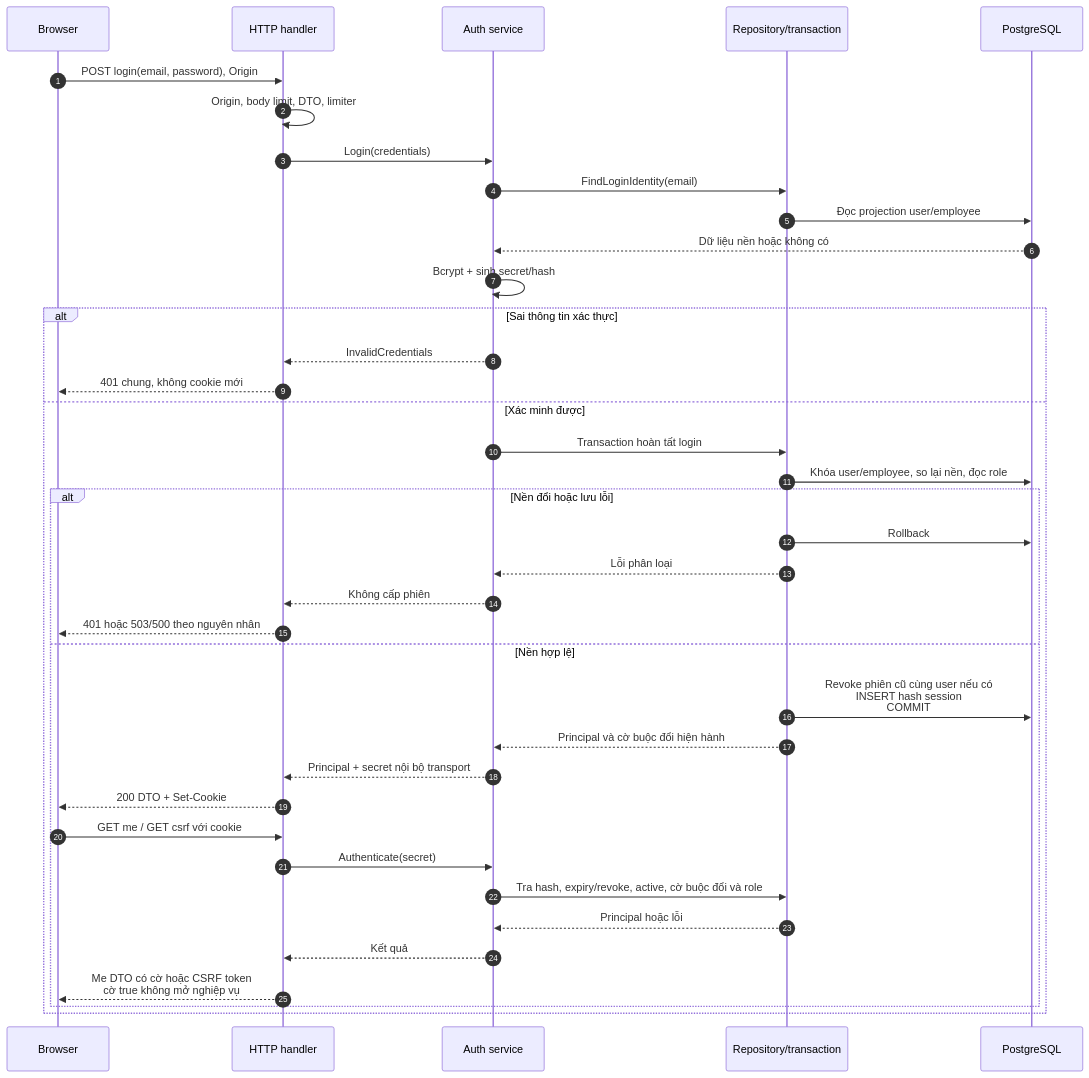
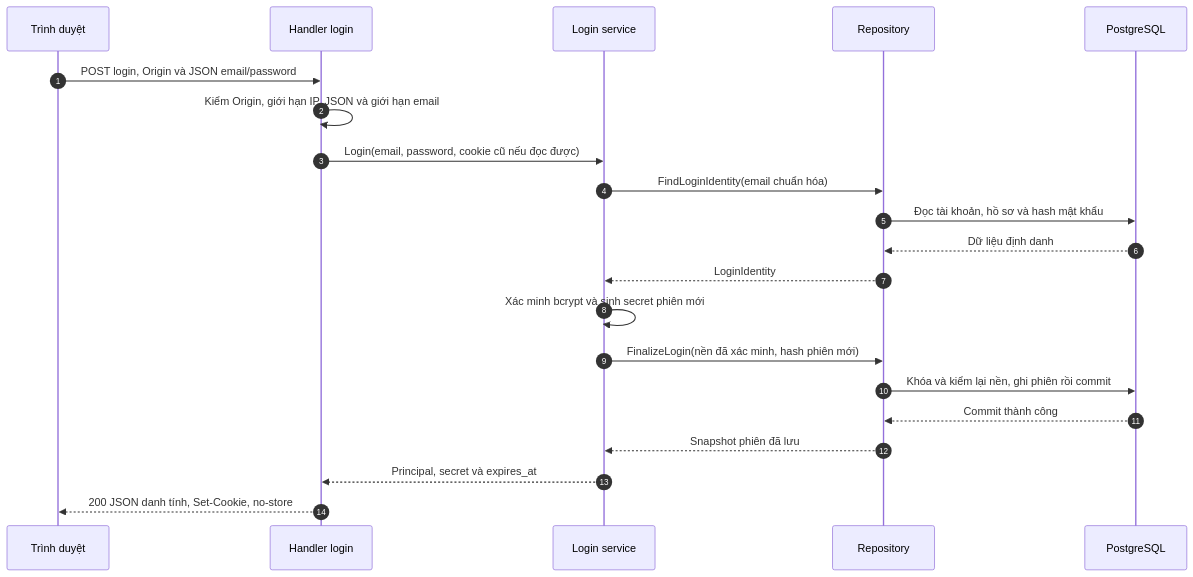
One commit to mingquanjp/prj-manage-system changed the third of 7 diagrams in docs/proposals/backend-auth-session.md. Above: the diagram before and after it, drawn with Mermaid. The commit also changed other lines of this file and 4 other files, not shown here.

````diff
--- a/docs/proposals/backend-auth-session.md
+++ b/docs/proposals/backend-auth-session.md
@@ -648,40 +246,23 @@
 ```mermaid
 sequenceDiagram
   autonumber
-  participant B as Browser
-  participant H as HTTP handler
-  participant S as Auth service
-  participant R as Repository/transaction
+  participant B as Trình duyệt
+  participant H as Handler login
+  participant S as Login service
+  participant R as Repository
   participant D as PostgreSQL
-  B->>H: POST login(email, password), Origin
-  H->>H: Origin, body limit, DTO, limiter
-  H->>S: Login(credentials)
-  S->>R: FindLoginIdentity(email)
-  R->>D: Đọc projection user/employee
-  D-->>S: Dữ liệu nền hoặc không có
-  S->>S: Bcrypt + sinh secret/hash
-  alt Sai thông tin xác thực
-    S-->>H: InvalidCredentials
-    H-->>B: 401 chung, không cookie mới
-  else Xác minh được
-    S->>R: Transaction hoàn tất login
-    R->>D: Khóa user/employee, so lại nền, đọc role
-    alt Nền đổi hoặc lưu lỗi
-      R->>D: Rollback
-      R-->>S: Lỗi phân loại
-      S-->>H: Không cấp phiên
-      H-->>B: 401 hoặc 503/500 theo nguyên nhân
-    else Nền hợp lệ
-      R->>D: Revoke phiên cũ cùng user nếu có<br/> INSERT hash session<br/> COMMIT
-      R-->>S: Principal và cờ buộc đổi hiện hành
-      S-->>H: Principal + secret nội bộ transport
-      H-->>B: 200 DTO + Set-Cookie
-      B->>H: GET me / GET csrf với cookie
-      H->>S: Authenticate(secret)
-      S->>R: Tra hash, expiry/revoke, active, cờ buộc đổi và role
-      R-->>S: Principal hoặc lỗi
-      S-->>H: Kết quả
-      H-->>B: Me DTO có cờ hoặc CSRF token<br/> cờ true không mở nghiệp vụ
-    end
-  end
+  B->>H: POST login, Origin và JSON email/password
+  H->>H: Kiểm Origin, giới hạn IP, JSON và giới hạn email
+  H->>S: Login(email, password, cookie cũ nếu đọc được)
+  S->>R: FindLoginIdentity(email chuẩn hóa)
+  R->>D: Đọc tài khoản, hồ sơ và hash mật khẩu
+  D-->>R: Dữ liệu định danh
+  R-->>S: LoginIdentity
+  S->>S: Xác minh bcrypt và sinh secret phiên mới
+  S->>R: FinalizeLogin(nền đã xác minh, hash phiên mới)
+  R->>D: Khóa và kiểm lại nền, ghi phiên rồi commit
+  D-->>R: Commit thành công
+  R-->>S: Snapshot phiên đã lưu
+  S-->>H: Principal, secret và expires_at
+  H-->>B: 200 JSON danh tính, Set-Cookie, no-store
 ```
````
